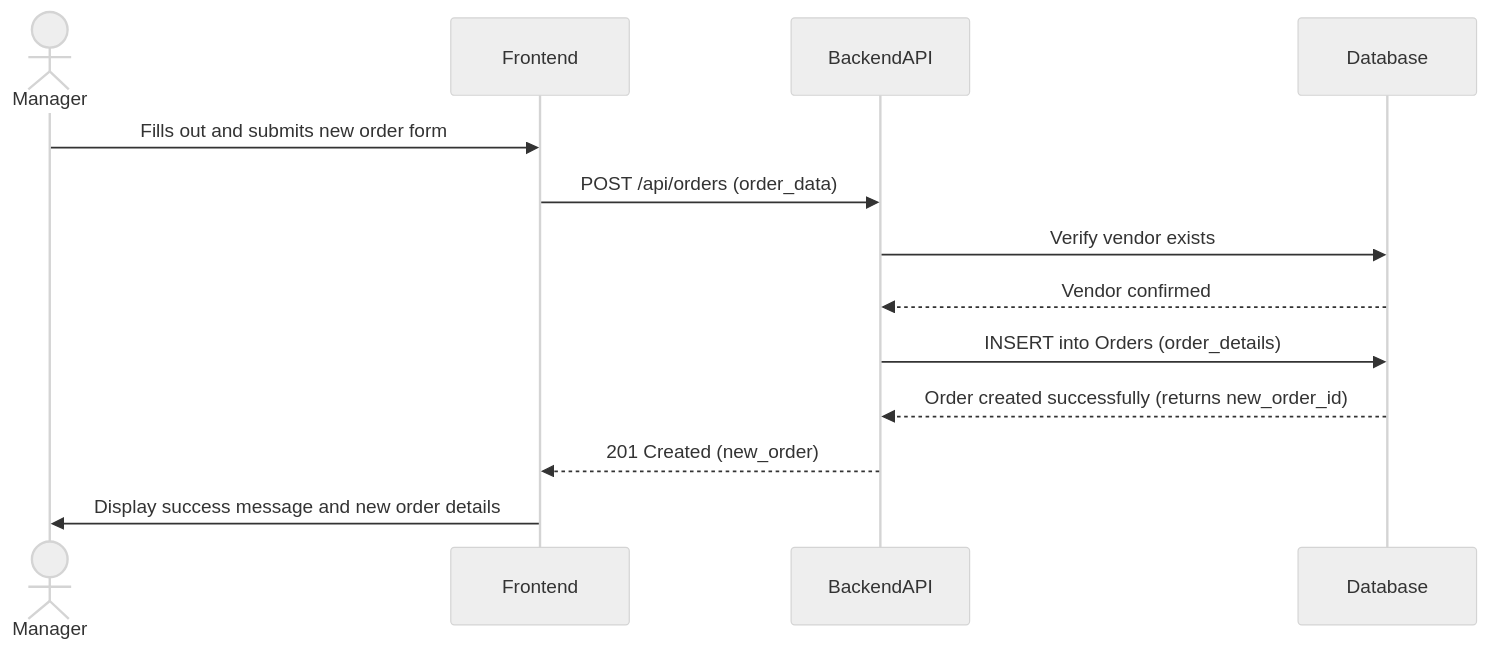
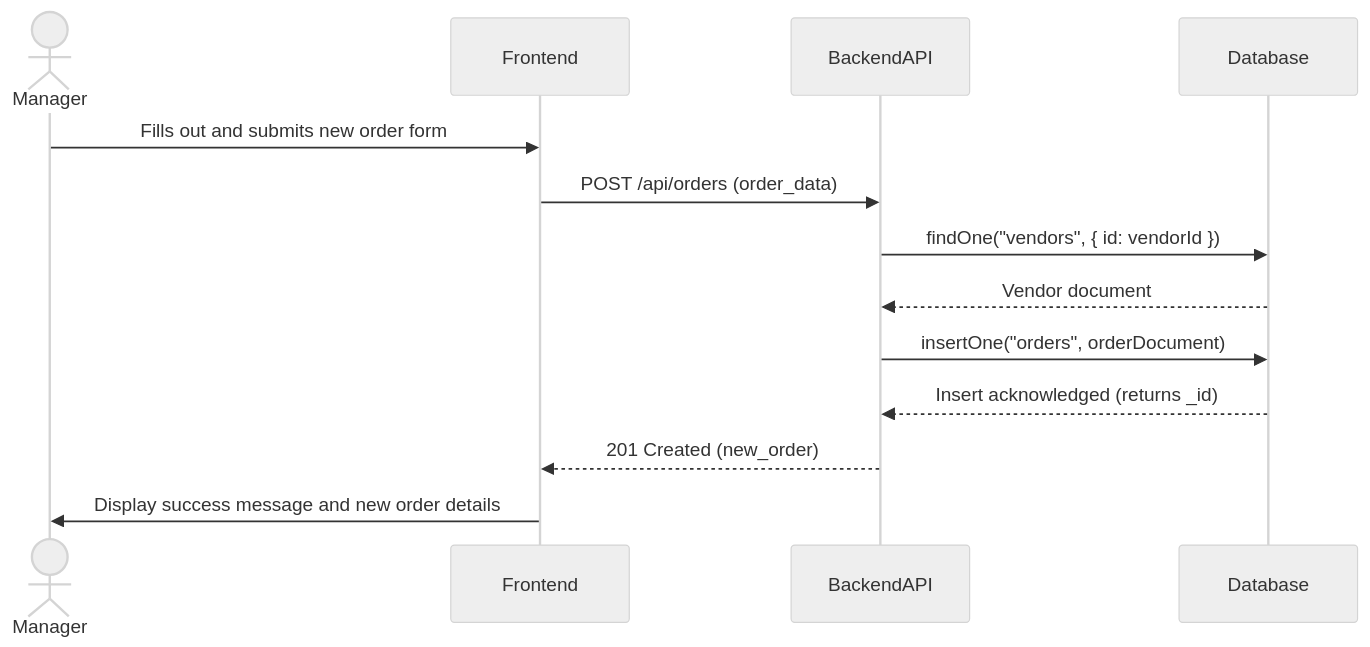
Before and after one commit to TheFelixGomez/cen5035-optiflow-frontend: the first of 7 diagrams in docs/sequence-diagrams.md, drawn with Mermaid (neutral theme). The commit also changed other lines of this file, not shown here.

Commit message:
docs: align sequence diagrams with MongoDB operations

````diff
--- a/docs/sequence-diagrams.md
+++ b/docs/sequence-diagrams.md
@@ -9,16 +9,16 @@
 ```mermaid
 sequenceDiagram
     actor Manager
     participant Frontend
     participant BackendAPI
     participant Database
 
     Manager->>Frontend: Fills out and submits new order form
     Frontend->>BackendAPI: POST /api/orders (order_data)
-    BackendAPI->>Database: Verify vendor exists
-    Database-->>BackendAPI: Vendor confirmed
-    BackendAPI->>Database: INSERT into Orders (order_details)
-    Database-->>BackendAPI: Order created successfully (returns new_order_id)
+    BackendAPI->>Database: findOne("vendors", { id: vendorId })
+    Database-->>BackendAPI: Vendor document
+    BackendAPI->>Database: insertOne("orders", orderDocument)
+    Database-->>BackendAPI: Insert acknowledged (returns _id)
     BackendAPI-->>Frontend: 201 Created (new_order)
     Frontend->>Manager: Display success message and new order details
 ```
````
